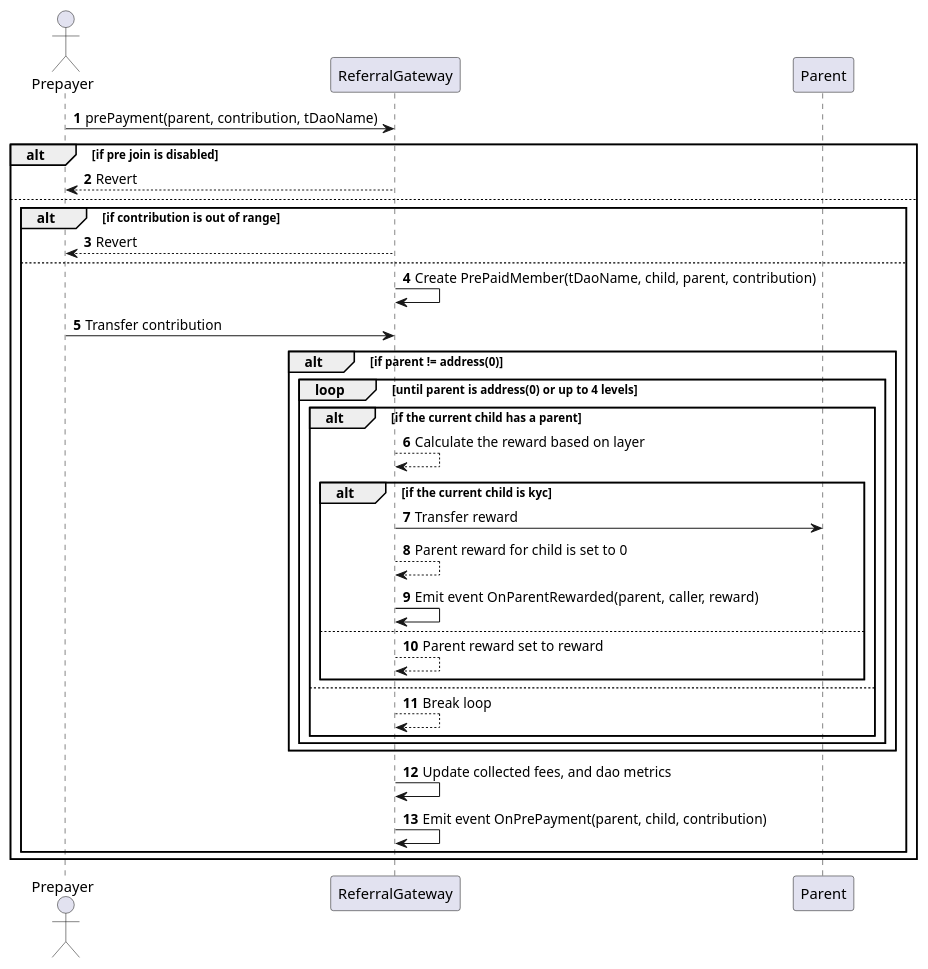
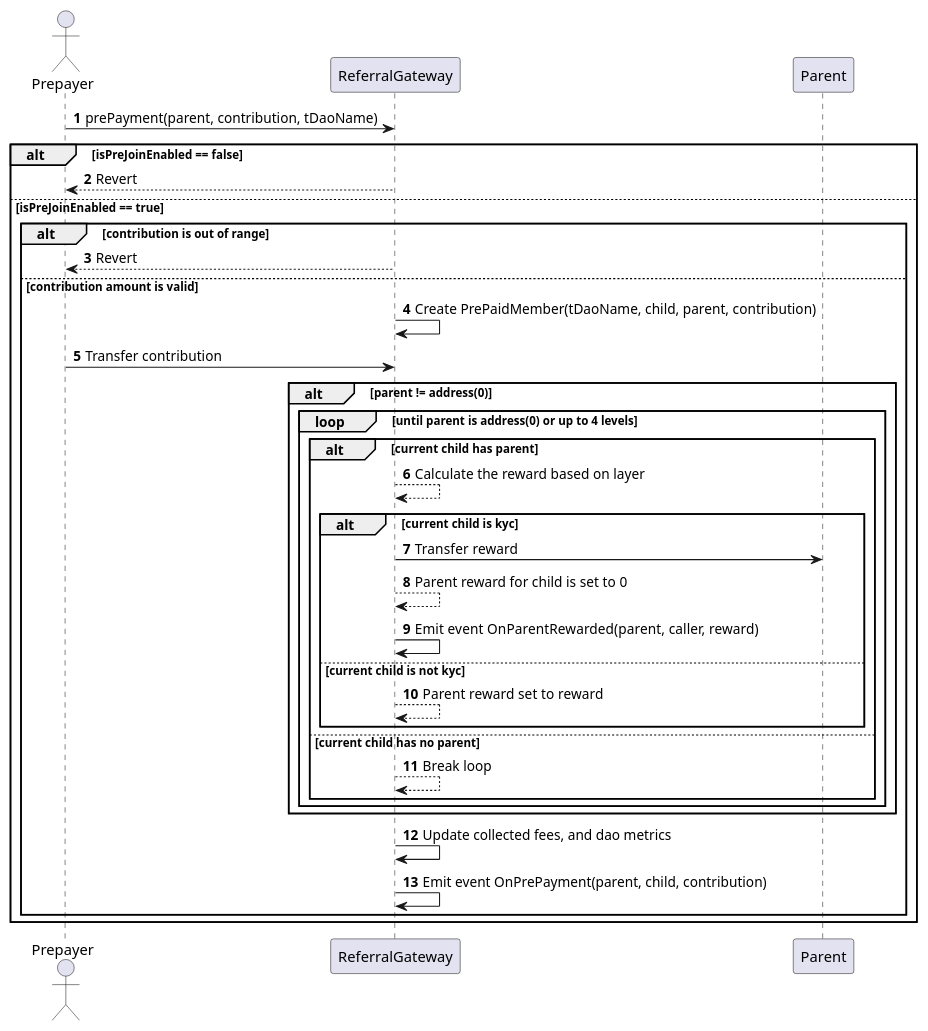
The diagram in docs/sequence_diagrams/ReferralGateway/referral-prepayments.puml (TakafulDAO/takasure.sc), drawn with PlantUML before and after one commit. The commit also changed 1 other file, not shown here.

```diff
--- a/docs/sequence_diagrams/ReferralGateway/referral-prepayments.puml
+++ b/docs/sequence_diagrams/ReferralGateway/referral-prepayments.puml
@@ -1,37 +1,48 @@
 @startuml Referrals and Prepayments
 autonumber
 
 actor Prepayer
 
 Prepayer -> ReferralGateway: prePayment(parent, contribution, tDaoName)
 
-alt if pre join is disabled
+alt isPreJoinEnabled == false
     ReferralGateway --> Prepayer: Revert
-else 
-    alt if contribution is out of range
+
+else isPreJoinEnabled == true
+
+    alt contribution is out of range
         ReferralGateway --> Prepayer: Revert
-    else
+
+    else contribution amount is valid
         ReferralGateway -> ReferralGateway: Create PrePaidMember(tDaoName, child, parent, contribution)
         Prepayer -> ReferralGateway: Transfer contribution
-        alt if parent != address(0)
+
+        alt parent != address(0)
+
             loop until parent is address(0) or up to 4 levels
-                alt if the current child has a parent
+
+                alt current child has parent
                     ReferralGateway --> ReferralGateway: Calculate the reward based on layer
-                    alt if the current child is kyc
+                    
+                    alt current child is kyc
                         ReferralGateway -> Parent: Transfer reward
                         ReferralGateway --> ReferralGateway: Parent reward for child is set to 0
                         ReferralGateway -> ReferralGateway: Emit event OnParentRewarded(parent, caller, reward)
-                    else
+                    
+                    else current child is not kyc
                         ReferralGateway --> ReferralGateway: Parent reward set to reward                   
                     end
-                else
+
+                else current child has no parent
                     ReferralGateway --> ReferralGateway: Break loop
+
                 end
             end
         end
+        
         ReferralGateway -> ReferralGateway: Update collected fees, and dao metrics
         ReferralGateway -> ReferralGateway: Emit event OnPrePayment(parent, child, contribution)
     end
 end
 
 @enduml    
```
